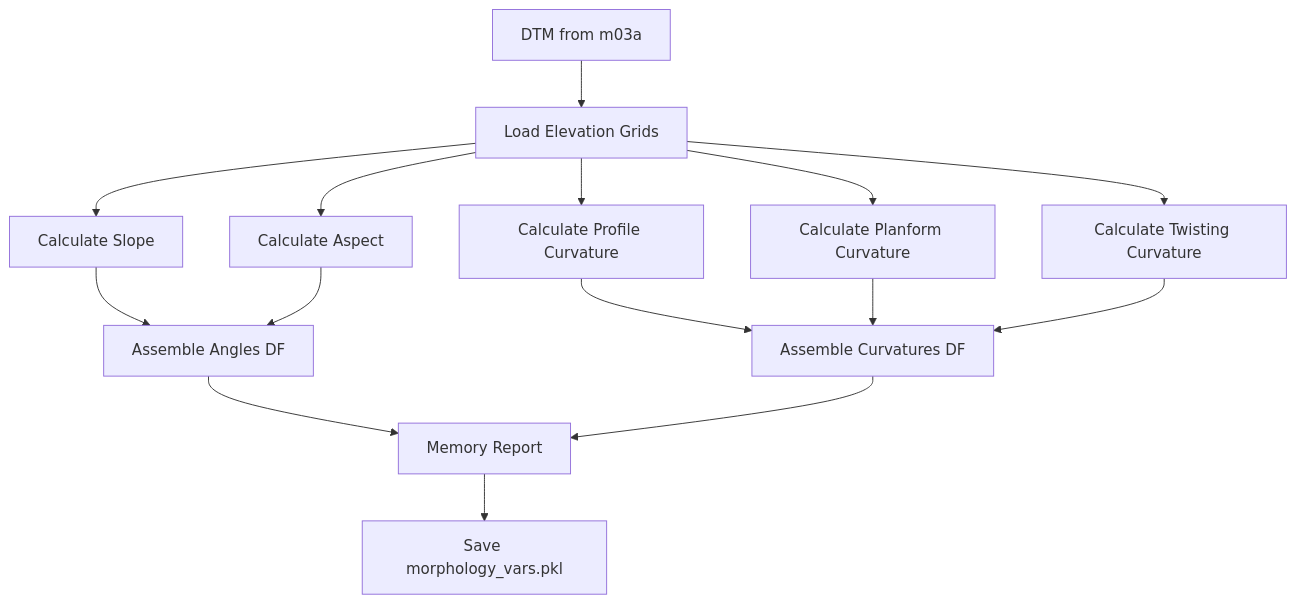
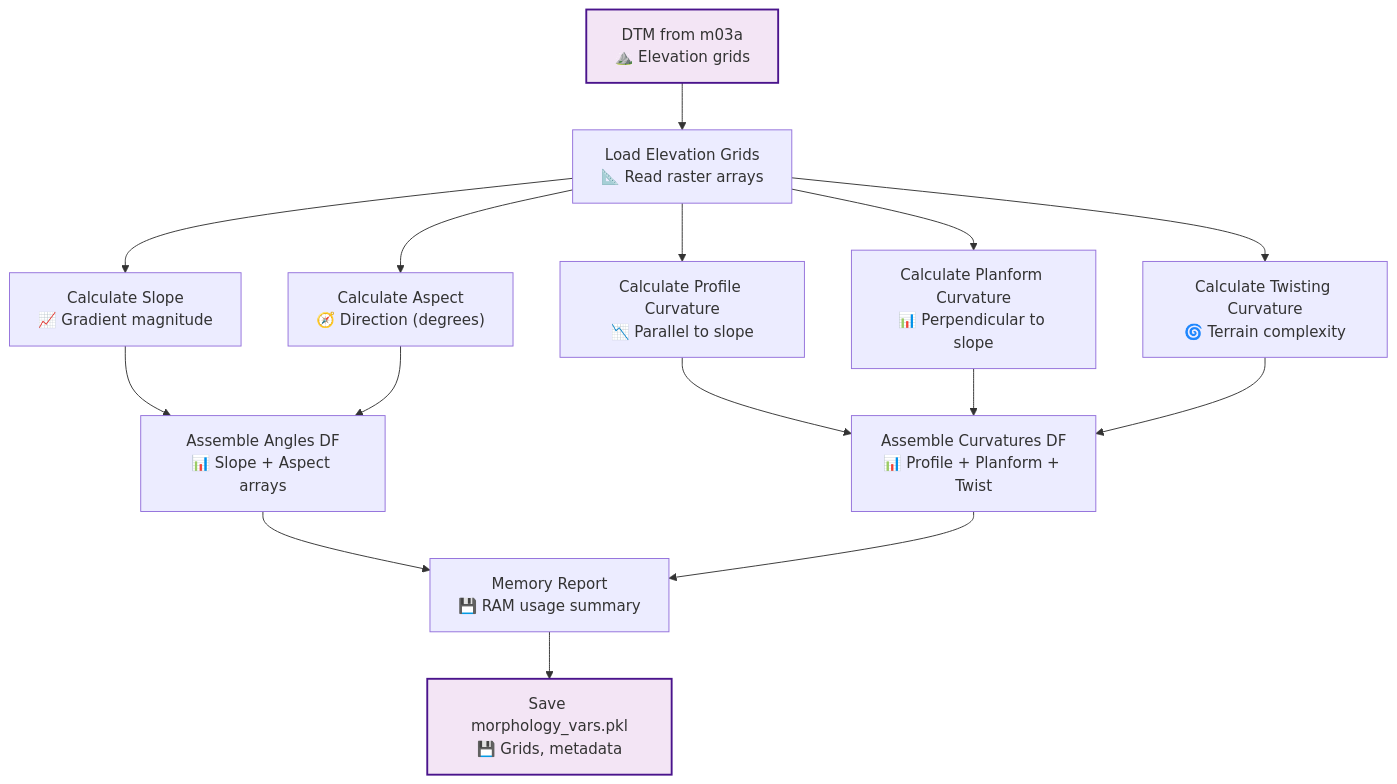
One commit to sasa-misia/P-SLIP changed the diagram in docs/scripts/mains/m04b_morphological_grids.md. Above: the diagram before and after it, drawn with Mermaid. The commit also changed 15 other files, not shown here.

Commit message:
docs: enhance documentation with detailed flowcharts and improve clarity in process descriptions

````diff
--- a/docs/scripts/mains/m04b_morphological_grids.md
+++ b/docs/scripts/mains/m04b_morphological_grids.md
@@ -286,17 +286,22 @@
 ```mermaid
 graph TD
-    A[DTM from m03a] --> B[Load Elevation Grids]
-    B --> C[Calculate Slope]
-    B --> D[Calculate Aspect]
-    B --> E[Calculate Profile Curvature]
-    B --> F[Calculate Planform Curvature]
-    B --> G[Calculate Twisting Curvature]
-    C --> H[Assemble Angles DF]
+    %% Morphological Analysis Flow
+    A["DTM from m03a<br/>⛰️ Elevation grids"] --> B["Load Elevation Grids<br/>📐 Read raster arrays"]
+    B --> C["Calculate Slope<br/>📈 Gradient magnitude"]
+    B --> D["Calculate Aspect<br/>🧭 Direction (degrees)"]
+    B --> E["Calculate Profile Curvature<br/>📉 Parallel to slope"]
+    B --> F["Calculate Planform Curvature<br/>📊 Perpendicular to slope"]
+    B --> G["Calculate Twisting Curvature<br/>🌀 Terrain complexity"]
+    C --> H["Assemble Angles DF<br/>📊 Slope + Aspect arrays"]
     D --> H
-    E --> I[Assemble Curvatures DF]
+    E --> I["Assemble Curvatures DF<br/>📊 Profile + Planform + Twist"]
     F --> I
     G --> I
-    H --> J[Memory Report]
+    H --> J["Memory Report<br/>💾 RAM usage summary"]
     I --> J
-    J --> K[Save morphology_vars.pkl]
+    J --> K["Save morphology_vars.pkl<br/>💾 Grids, metadata"]
+    
+    %% Styling
+    style A fill:#f3e5f5,stroke:#4a148c,stroke-width:2px
+    style K fill:#f3e5f5,stroke:#4a148c,stroke-width:2px
 ```
````
